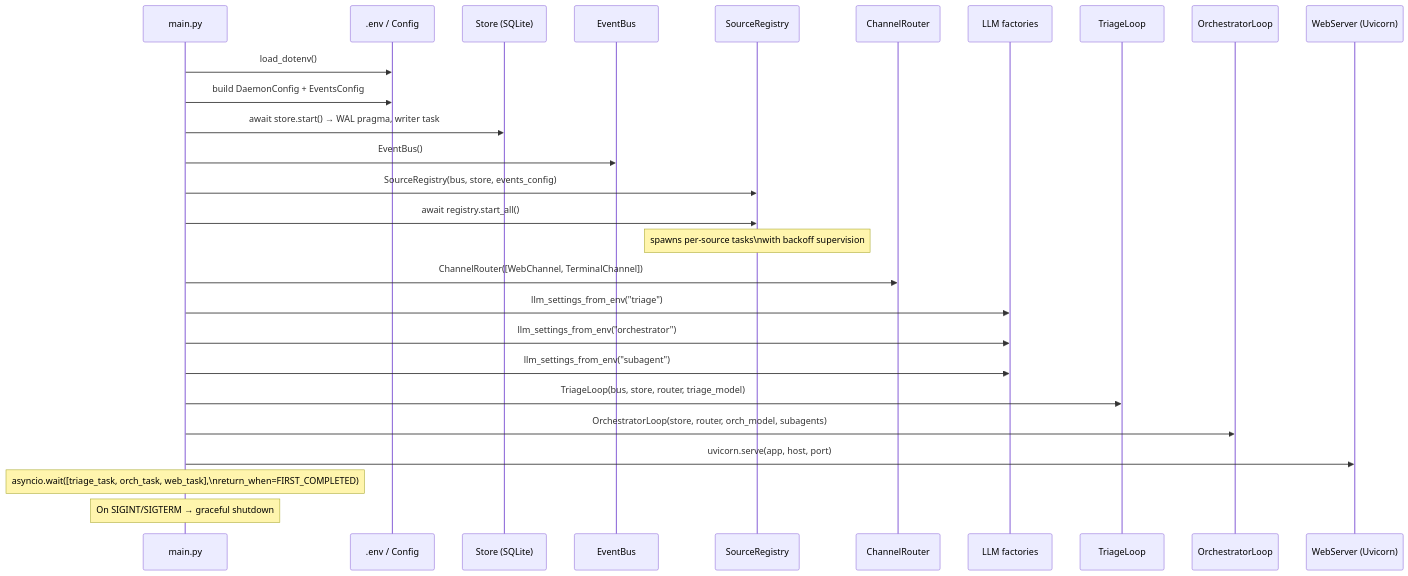
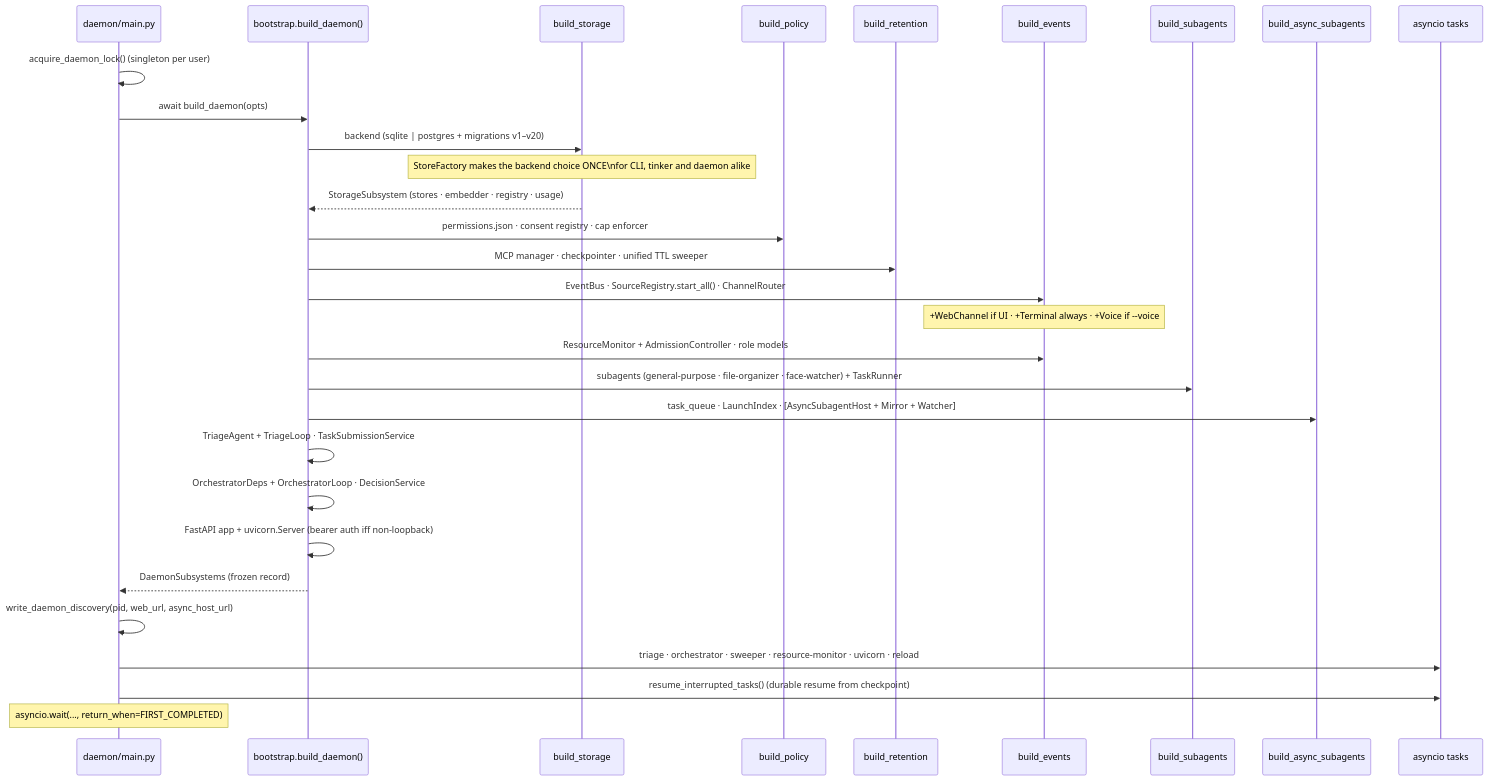
The second of 16 diagrams in DAEMON_ARCHITECTURE.md (Abhinav210310453045/YUYUTSAVA-backend), drawn with Mermaid before and after one commit. The commit also changed other lines of this file and 233 other files, not shown here.

````diff
--- a/DAEMON_ARCHITECTURE.md
+++ b/DAEMON_ARCHITECTURE.md
@@ -75,30 +106,37 @@
 ```mermaid
 sequenceDiagram
-    participant Main as main.py
-    participant Env as .env / Config
-    participant Store as Store (SQLite)
-    participant Bus as EventBus
-    participant SR as SourceRegistry
-    participant CR as ChannelRouter
-    participant LLM as LLM factories
-    participant TL as TriageLoop
-    participant OL as OrchestratorLoop
-    participant Web as WebServer (Uvicorn)
+    participant Main as daemon/main.py
+    participant Boot as bootstrap.build_daemon()
+    participant BS as build_storage
+    participant BP as build_policy
+    participant BR as build_retention
+    participant BE as build_events
+    participant BSA as build_subagents
+    participant BA as build_async_subagents
+    participant Loops as asyncio tasks
 
-    Main->>Env: load_dotenv()
-    Main->>Env: build DaemonConfig + EventsConfig
-    Main->>Store: await store.start() → WAL pragma, writer task
-    Main->>Bus: EventBus()
-    Main->>SR: SourceRegistry(bus, store, events_config)
-    Main->>SR: await registry.start_all()
-    Note over SR: spawns per-source tasks\nwith backoff supervision
-    Main->>CR: ChannelRouter([WebChannel, TerminalChannel])
-    Main->>LLM: llm_settings_from_env("triage")
-    Main->>LLM: llm_settings_from_env("orchestrator")
-    Main->>LLM: llm_settings_from_env("subagent")
-    Main->>TL: TriageLoop(bus, store, router, triage_model)
-    Main->>OL: OrchestratorLoop(store, router, orch_model, subagents)
-    Main->>Web: uvicorn.serve(app, host, port)
-    Note over Main: asyncio.wait([triage_task, orch_task, web_task],\nreturn_when=FIRST_COMPLETED)
-    Note over Main: On SIGINT/SIGTERM → graceful shutdown
+    Main->>Main: acquire_daemon_lock() (singleton per user)
+    Main->>Boot: await build_daemon(opts)
+
+    Boot->>BS: backend (sqlite | postgres + migrations v1–v20)
+    Note over BS: StoreFactory makes the backend choice ONCE\nfor CLI, tinker and daemon alike
+    BS-->>Boot: StorageSubsystem (stores · embedder · registry · usage)
+
+    Boot->>BP: permissions.json · consent registry · cap enforcer
+    Boot->>BR: MCP manager · checkpointer · unified TTL sweeper
+    Boot->>BE: EventBus · SourceRegistry.start_all() · ChannelRouter
+    Note over BE: +WebChannel if UI · +Terminal always · +Voice if --voice
+    Boot->>BE: ResourceMonitor + AdmissionController · role models
+    Boot->>BSA: subagents (general-purpose · file-organizer · face-watcher) + TaskRunner
+    Boot->>BA: task_queue · LaunchIndex · [AsyncSubagentHost + Mirror + Watcher]
+
+    Boot->>Boot: TriageAgent + TriageLoop · TaskSubmissionService
+    Boot->>Boot: OrchestratorDeps + OrchestratorLoop · DecisionService
+    Boot->>Boot: FastAPI app + uvicorn.Server (bearer auth iff non-loopback)
+    Boot-->>Main: DaemonSubsystems (frozen record)
+
+    Main->>Main: write_daemon_discovery(pid, web_url, async_host_url)
+    Main->>Loops: triage · orchestrator · sweeper · resource-monitor · uvicorn · reload
+    Main->>Loops: resume_interrupted_tasks() (durable resume from checkpoint)
+    Note over Main: asyncio.wait(..., return_when=FIRST_COMPLETED)
 ```
````
